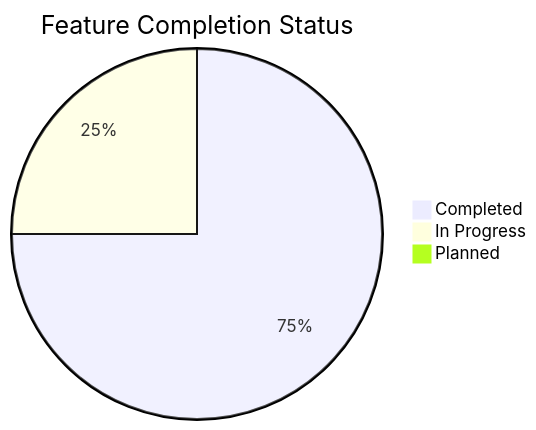
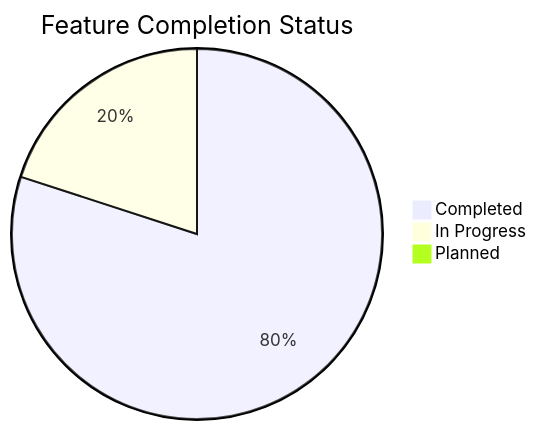
Before and after one commit to mrj0nesmtl/cloud-burst: the second of 2 diagrams in docs/planning/roadmap.md, drawn with Mermaid. The commit also changed other lines of this file and 57 other files, not shown here.

````diff
--- a/docs/planning/roadmap.md
+++ b/docs/planning/roadmap.md
@@ -300,6 +330,6 @@
 ```mermaid
 pie title Feature Completion Status
-    "Completed" : 75
-    "In Progress" : 25
+    "Completed" : 80
+    "In Progress" : 20
     "Planned" : 0
 ```
````
